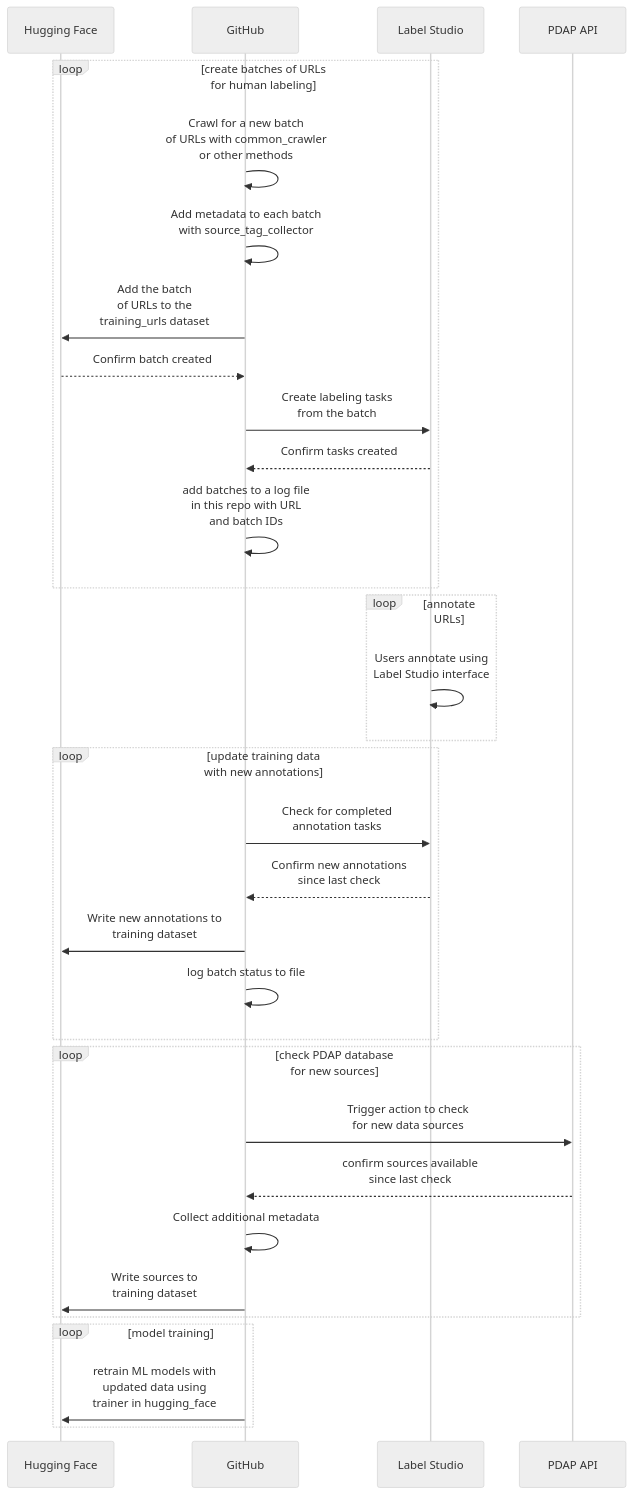
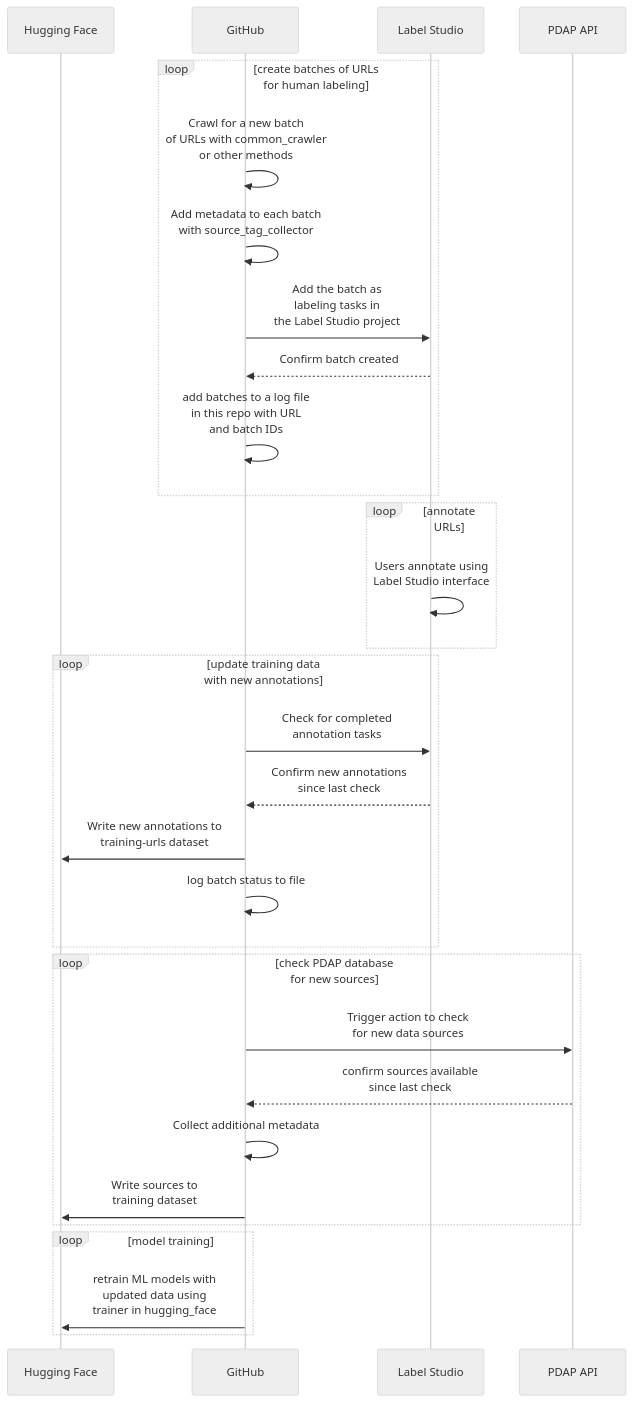
One commit to Police-Data-Accessibility-Project/data-source-identification changed the first of 2 diagrams in README.md. Above: the diagram before and after it, drawn with Mermaid (neutral theme).

Commit message:
simplified flow in readme

````diff
--- a/README.md
+++ b/README.md
@@ -44,43 +44,41 @@
 ```mermaid
 %% Here's a guide to mermaid syntax: https://mermaid.js.org/syntax/flowchart.html
 
 sequenceDiagram
 
 participant HF as Hugging Face
 participant GH as GitHub
 participant LS as Label Studio
 participant PDAP as PDAP API
 
 loop create batches of URLs <br/>for human labeling
   GH ->> GH: Crawl for a new batch<br/> of URLs with common_crawler<br/> or other methods
   GH ->> GH: Add metadata to each batch<br/> with source_tag_collector
-  GH ->> HF: Add the batch <br/> of URLs to the <br/> training_urls dataset
-  HF -->> GH: Confirm batch created
-  GH ->> LS: Create labeling tasks <br/> from the batch
-  LS -->> GH: Confirm tasks created
+  GH ->> LS: Add the batch as <br/> labeling tasks in <br/> the Label Studio project
+  LS -->> GH: Confirm batch created
   GH ->> GH: add batches to a log file <br/> in this repo with URL<br/> and batch IDs
 end
 
 loop annotate URLs
   LS ->> LS: Users annotate using<br/>Label Studio interface
 end
 
 loop update training data <br/> with new annotations
   GH ->> LS: Check for completed <br/> annotation tasks
   LS -->> GH: Confirm new annotations <br/> since last check
-  GH ->> HF: Write new annotations to <br/> training dataset
+  GH ->> HF: Write new annotations to <br/> training-urls dataset
   GH ->> GH: log batch status to file
 end
 
 loop check PDAP database <br/>for new sources
   GH ->> PDAP: Trigger action to check <br/> for new data sources
   PDAP -->> GH: confirm sources available <br/> since last check
   GH ->> GH: Collect additional metadata
   GH ->> HF: Write sources to <br/> training dataset
 end
 
 loop model training
   GH ->> HF: retrain ML models with <br/>updated data using <br/>trainer in hugging_face
 end
 
 ```
````
